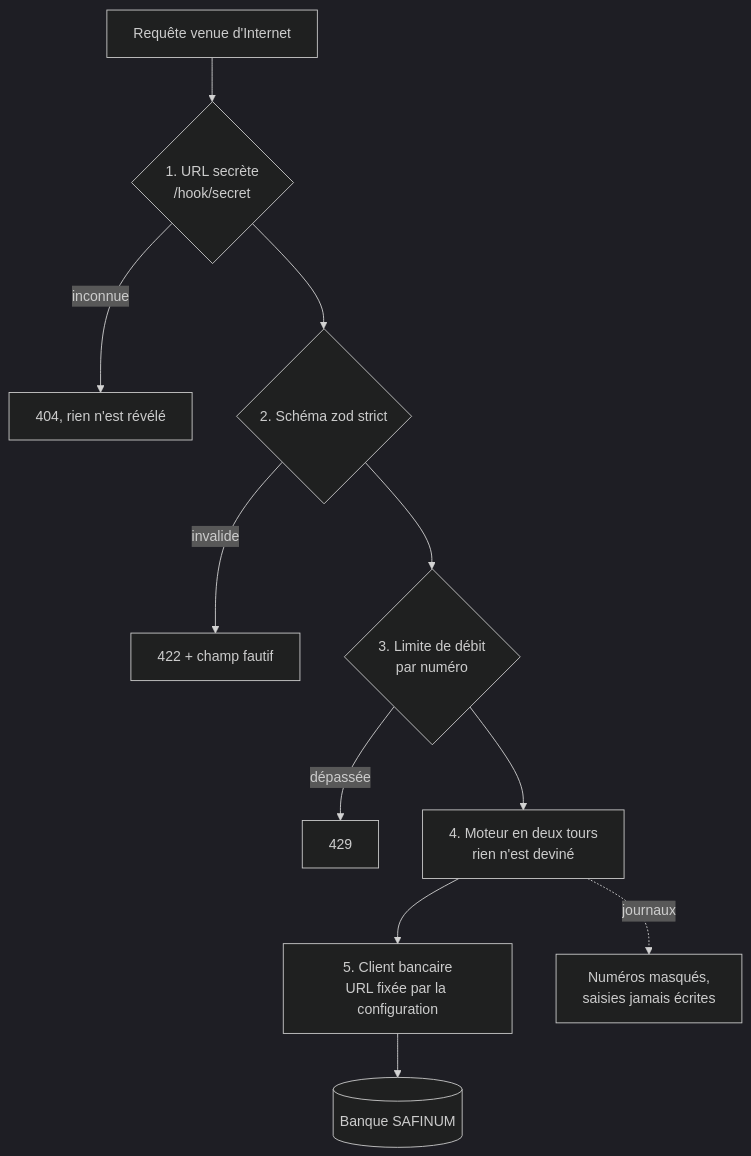
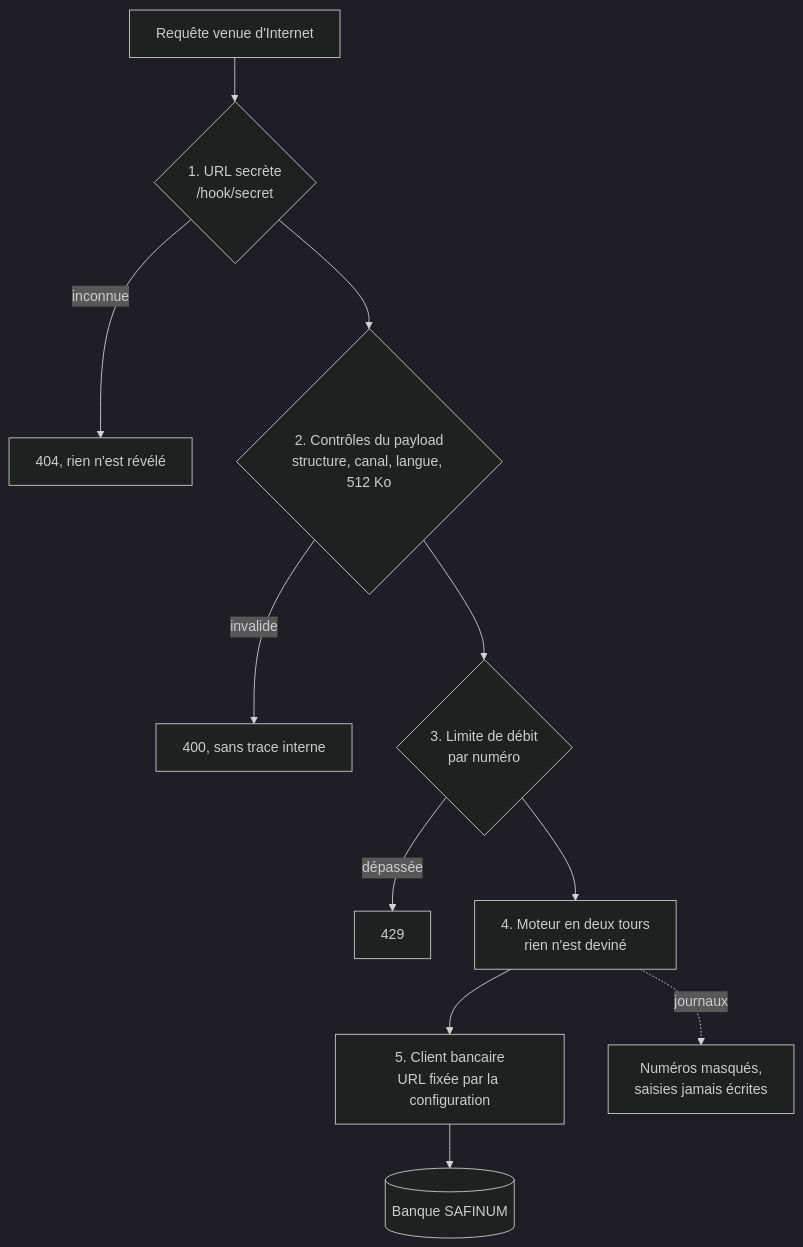
One commit to junguck/nkaplingua changed the sixth of 8 diagrams in docs/ARCHITECTURE.md. Above: the diagram before and after it, drawn with Mermaid (dark theme). The commit also changed other lines of this file and 17 other files, not shown here.

````diff
--- a/docs/ARCHITECTURE.md
+++ b/docs/ARCHITECTURE.md
@@ -211,13 +213,13 @@
 ```mermaid
 flowchart TB
     I[Requête venue d'Internet] --> C1{1. URL secrète<br/>/hook/secret}
     C1 -- inconnue --> R1[404, rien n'est révélé]
-    C1 --> C2{2. Schéma zod strict}
-    C2 -- invalide --> R2[422 + champ fautif]
+    C1 --> C2{2. Contrôles du payload<br/>structure, canal, langue, 512 Ko}
+    C2 -- invalide --> R2[400, sans trace interne]
     C2 --> C3{3. Limite de débit<br/>par numéro}
     C3 -- dépassée --> R3[429]
     C3 --> C4[4. Moteur en deux tours<br/>rien n'est deviné]
     C4 --> C5[5. Client bancaire<br/>URL fixée par la configuration]
     C5 --> BANK[(Banque SAFINUM)]
     C4 -. journaux .-> LOG[Numéros masqués,<br/>saisies jamais écrites]
 ```
````
